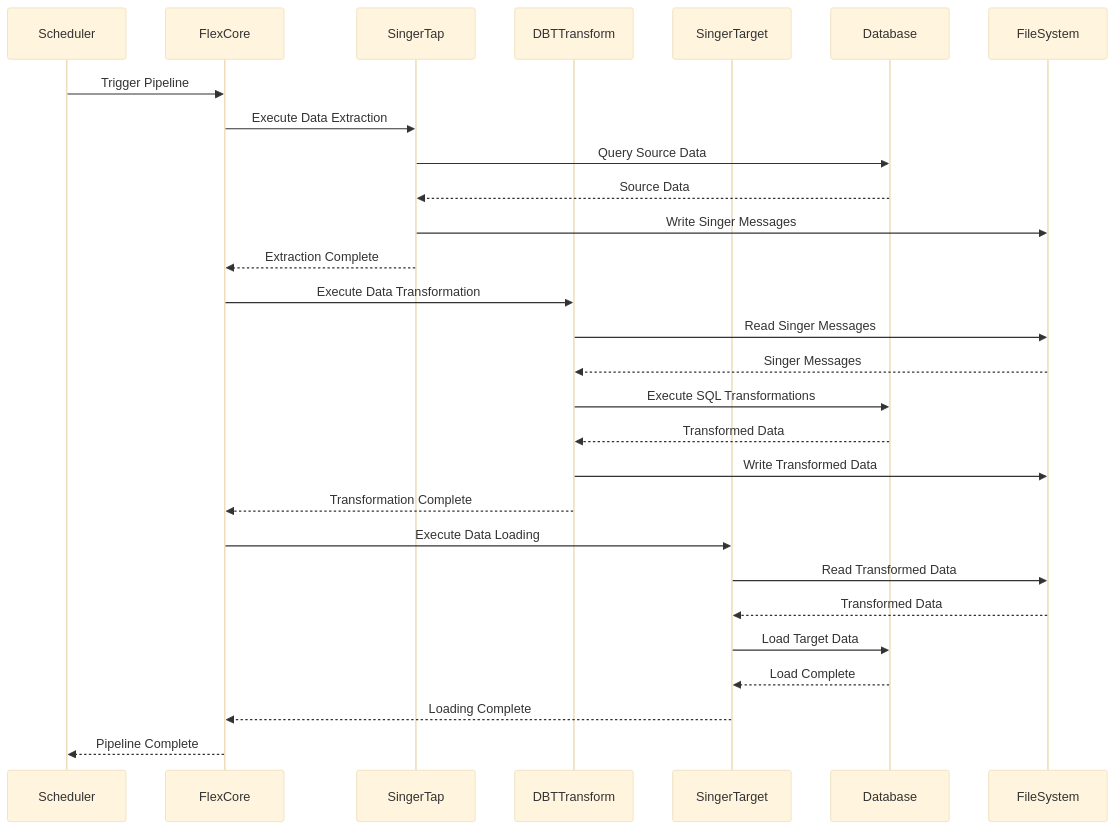
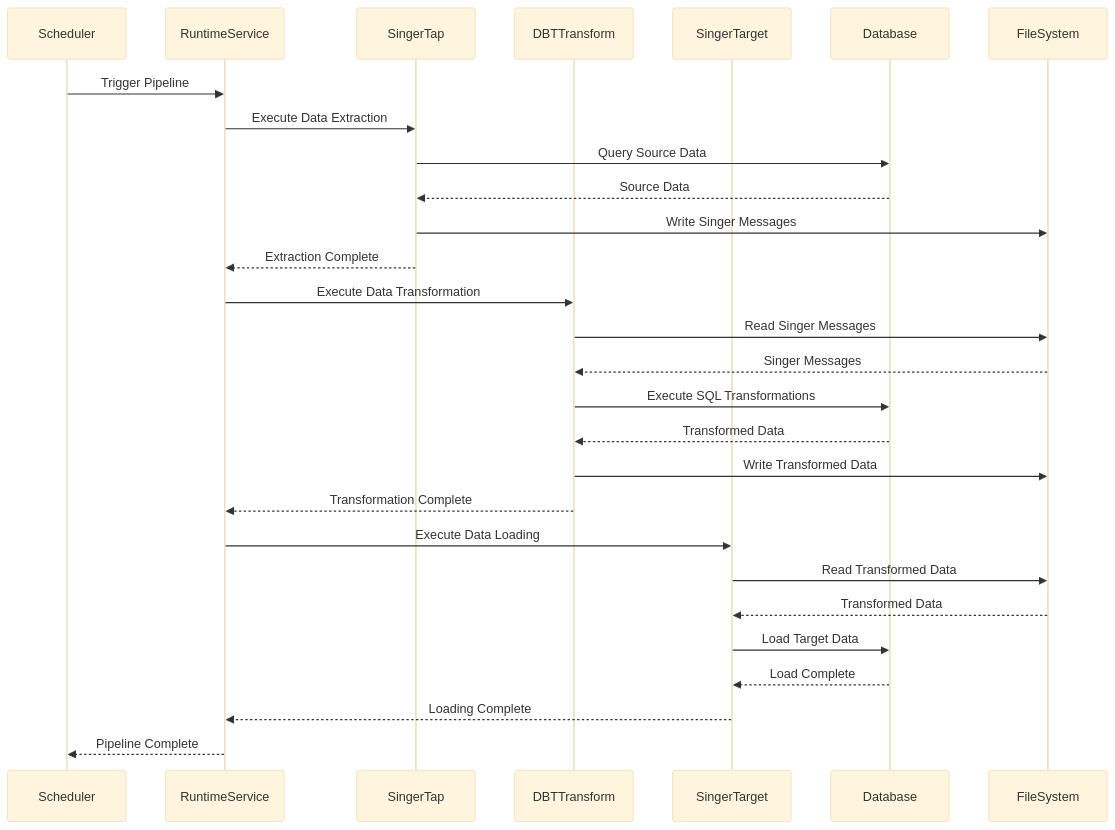
The sixth of 10 diagrams in docs/architecture/c4-model/code-diagrams.md (flext-sh/flext), drawn with Mermaid (base theme) before and after one commit. The commit also changed 18 other files, not shown here.

````diff
--- a/docs/architecture/c4-model/code-diagrams.md
+++ b/docs/architecture/c4-model/code-diagrams.md
@@ -312,34 +312,34 @@
 ```mermaid
 sequenceDiagram
     participant Scheduler
-    participant FlexCore
+    participant RuntimeService
     participant SingerTap
     participant DBTTransform
     participant SingerTarget
     participant Database
     participant FileSystem
 
-    Scheduler->>FlexCore: Trigger Pipeline
-    FlexCore->>SingerTap: Execute Data Extraction
+    Scheduler->>RuntimeService: Trigger Pipeline
+    RuntimeService->>SingerTap: Execute Data Extraction
     SingerTap->>Database: Query Source Data
     Database-->>SingerTap: Source Data
     SingerTap->>FileSystem: Write Singer Messages
-    SingerTap-->>FlexCore: Extraction Complete
+    SingerTap-->>RuntimeService: Extraction Complete
 
-    FlexCore->>DBTTransform: Execute Data Transformation
+    RuntimeService->>DBTTransform: Execute Data Transformation
     DBTTransform->>FileSystem: Read Singer Messages
     FileSystem-->>DBTTransform: Singer Messages
     DBTTransform->>Database: Execute SQL Transformations
     Database-->>DBTTransform: Transformed Data
     DBTTransform->>FileSystem: Write Transformed Data
-    DBTTransform-->>FlexCore: Transformation Complete
+    DBTTransform-->>RuntimeService: Transformation Complete
 
-    FlexCore->>SingerTarget: Execute Data Loading
+    RuntimeService->>SingerTarget: Execute Data Loading
     SingerTarget->>FileSystem: Read Transformed Data
     FileSystem-->>SingerTarget: Transformed Data
     SingerTarget->>Database: Load Target Data
     Database-->>SingerTarget: Load Complete
-    SingerTarget-->>FlexCore: Loading Complete
+    SingerTarget-->>RuntimeService: Loading Complete
 
-    FlexCore-->>Scheduler: Pipeline Complete
+    RuntimeService-->>Scheduler: Pipeline Complete
 ```
````
